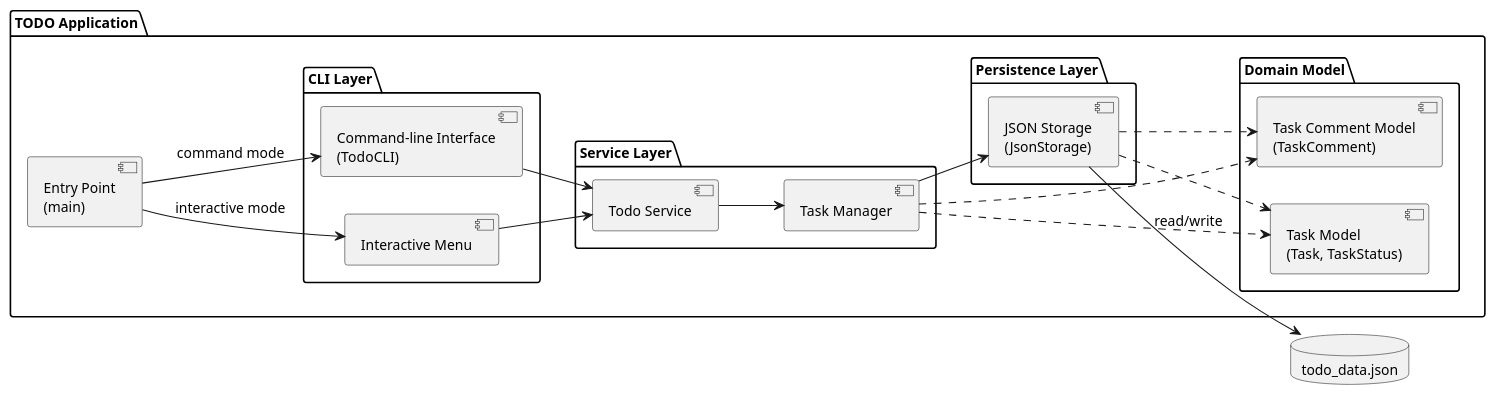
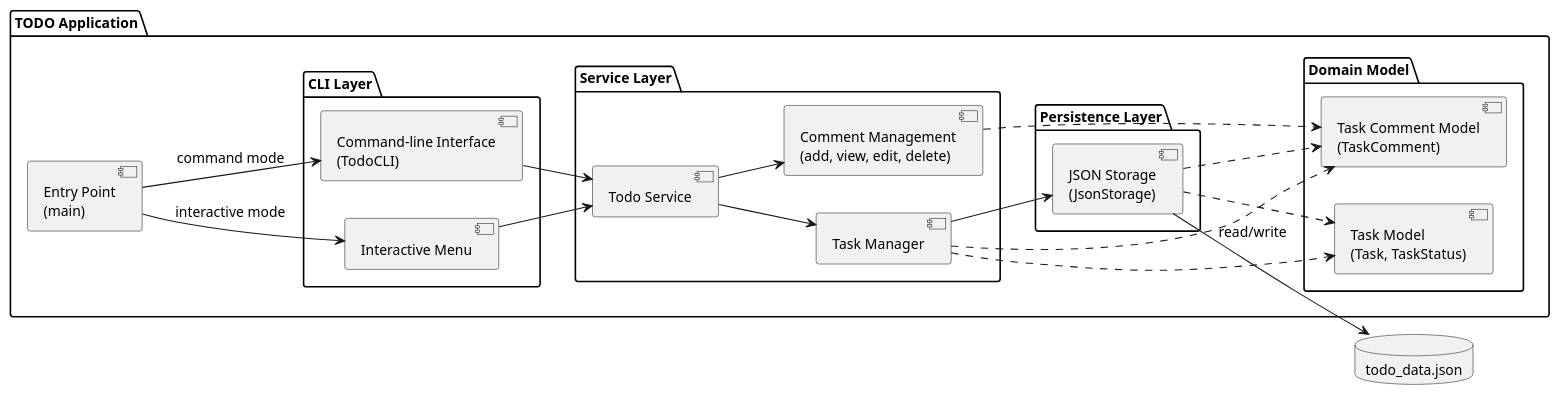
The diagram in experiments/pipeline/user_stories/TODO/artifacts/component_diagram.puml (DanielRiha8906/Software_autoevolution_using_agents), drawn with PlantUML before and after one commit. The commit also changed 14 other files, not shown here.

```diff
--- a/experiments/pipeline/user_stories/TODO/artifacts/component_diagram.puml
+++ b/experiments/pipeline/user_stories/TODO/artifacts/component_diagram.puml
@@ -1,49 +1,52 @@
 @startuml component_diagram
 
 skinparam componentStyle uml2
 skinparam defaultFontSize 13
 
 left to right direction
 
 package "TODO Application" {
 
     component "Entry Point\n(main)" as Main
 
     package "CLI Layer" {
         component "Interactive Menu" as IM
         component "Command-line Interface\n(TodoCLI)" as CLI
     }
 
     package "Service Layer" {
         component "Todo Service" as SVC
         component "Task Manager" as MGR
+        component "Comment Management\n(add, view, edit, delete)" as CMT
     }
 
     package "Domain Model" {
         component "Task Model\n(Task, TaskStatus)" as Model
         component "Task Comment Model\n(TaskComment)" as CommentModel
     }
 
     package "Persistence Layer" {
         component "JSON Storage\n(JsonStorage)" as Storage
     }
 }
 
 database "todo_data.json" as DB
 
 Main --> IM : interactive mode
 Main --> CLI : command mode
 
 IM --> SVC
 CLI --> SVC
 
 SVC --> MGR
+SVC --> CMT
 MGR --> Storage
 MGR ..> Model
 MGR ..> CommentModel
+CMT ..> CommentModel
 Storage ..> Model
 Storage ..> CommentModel
 
 Storage --> DB : read/write
 
 @enduml
```
